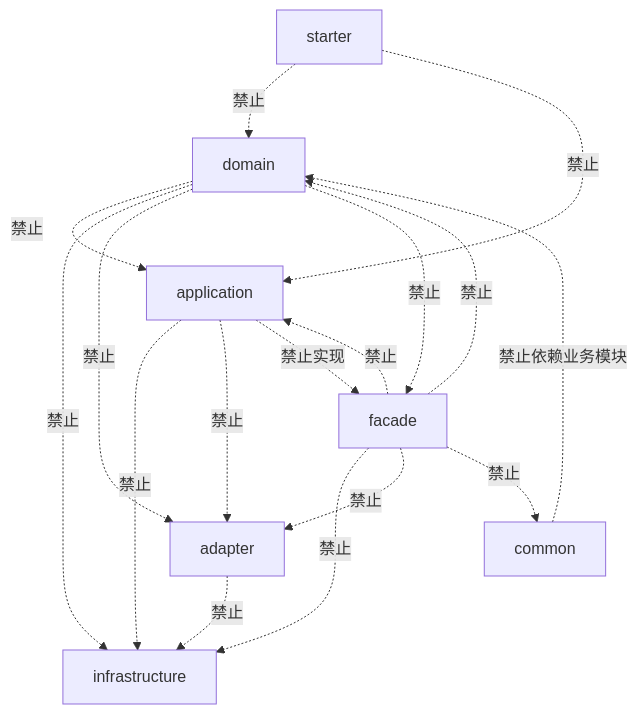
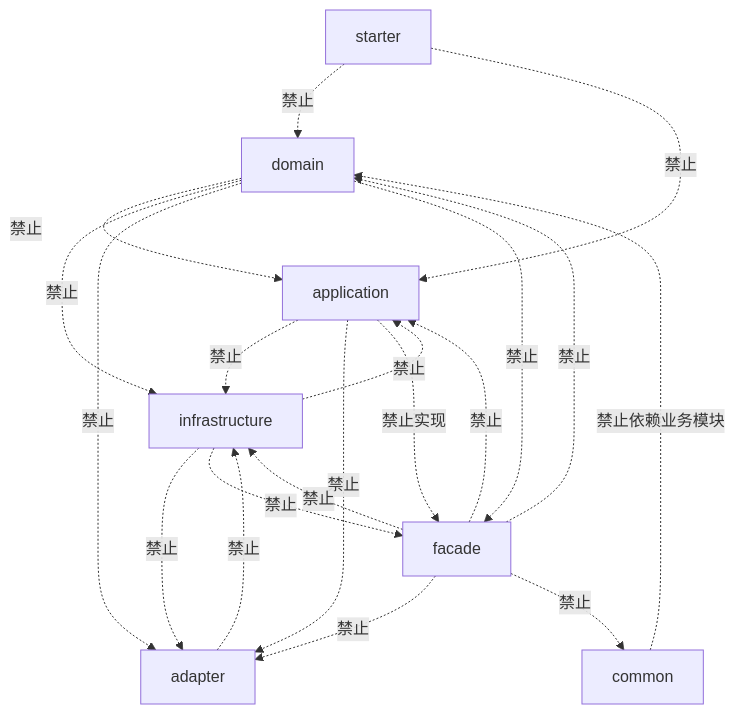
The second of 19 diagrams in egon-cola-archetypes/architecture-mermaid-diagrams.md (AllenDEricDAlexander/Egon-COLA), drawn with Mermaid before and after one commit. The commit also changed other lines of this file and 32 other files, not shown here.

First line of the commit message:
fix(archetypes): make architecture governance actually enforce, correct guide docs

````diff
--- a/egon-cola-archetypes/architecture-mermaid-diagrams.md
+++ b/egon-cola-archetypes/architecture-mermaid-diagrams.md
@@ -34,26 +46,29 @@
 ```mermaid
 flowchart TD
     DOMAIN["domain"]
     APPLICATION["application"]
     INFRA["infrastructure"]
     ADAPTER["adapter"]
     FACADE["facade"]
     STARTER["starter"]
     COMMON["common"]
     DOMAIN -. " 禁止 " .-> APPLICATION
     DOMAIN -. " 禁止 " .-> INFRA
     DOMAIN -. " 禁止 " .-> ADAPTER
     DOMAIN -. " 禁止 " .-> FACADE
     APPLICATION -. " 禁止 " .-> INFRA
     APPLICATION -. " 禁止 " .-> ADAPTER
     APPLICATION -. " 禁止实现 " .-> FACADE
+    INFRA -. " 禁止 " .-> APPLICATION
+    INFRA -. " 禁止 " .-> ADAPTER
+    INFRA -. " 禁止 " .-> FACADE
     FACADE -. " 禁止 " .-> APPLICATION
     FACADE -. " 禁止 " .-> DOMAIN
     FACADE -. " 禁止 " .-> INFRA
     FACADE -. " 禁止 " .-> ADAPTER
     FACADE -. " 禁止 " .-> COMMON
     ADAPTER -. " 禁止 " .-> INFRA
     STARTER -. " 禁止 " .-> DOMAIN
     STARTER -. " 禁止 " .-> APPLICATION
     COMMON -. " 禁止依赖业务模块 " .-> DOMAIN
 ```
````
